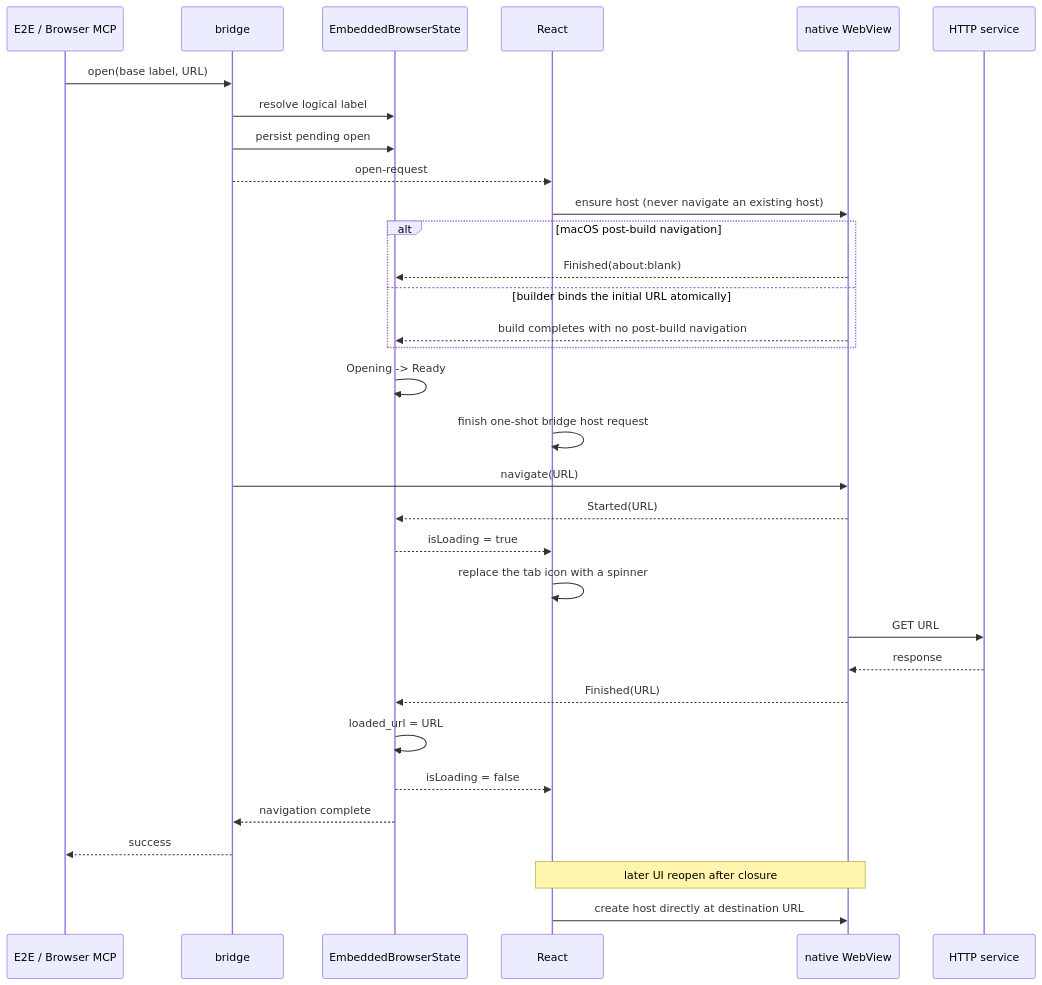
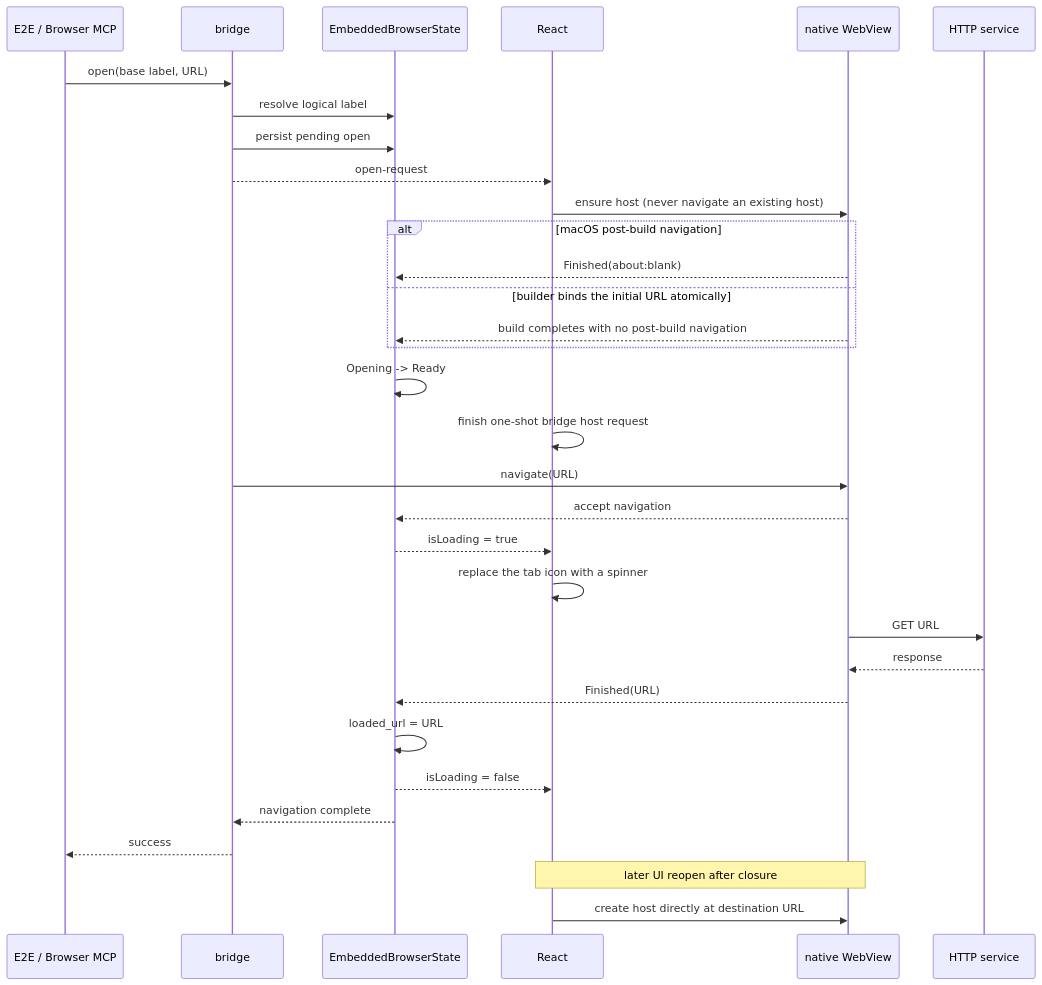
One commit to wecode-ai/Wegent changed the second of 2 diagrams in docs/en/architecture/embedded-browser.md. Above: the diagram before and after it, drawn with Mermaid. The commit also changed other lines of this file and 2 other files, not shown here.

Commit message:
fix(wework): mark browser loading on navigation

````diff
--- a/docs/en/architecture/embedded-browser.md
+++ b/docs/en/architecture/embedded-browser.md
@@ -33,36 +33,36 @@
 ```mermaid
 sequenceDiagram
     participant C as E2E / Browser MCP
     participant B as bridge
     participant S as EmbeddedBrowserState
     participant R as React
     participant W as native WebView
     participant H as HTTP service
 
     C->>B: open(base label, URL)
     B->>S: resolve logical label
     B->>S: persist pending open
     B-->>R: open-request
     R->>W: ensure host (never navigate an existing host)
     alt macOS post-build navigation
         W-->>S: Finished(about:blank)
     else builder binds the initial URL atomically
         W-->>S: build completes with no post-build navigation
     end
     S->>S: Opening -> Ready
     R->>R: finish one-shot bridge host request
     B->>W: navigate(URL)
-    W-->>S: Started(URL)
+    W-->>S: accept navigation
     S-->>R: isLoading = true
     R->>R: replace the tab icon with a spinner
     W->>H: GET URL
     H-->>W: response
     W-->>S: Finished(URL)
     S->>S: loaded_url = URL
     S-->>R: isLoading = false
     S-->>B: navigation complete
     B-->>C: success
 
     Note over R,W: later UI reopen after closure
     R->>W: create host directly at destination URL
 ```
````
